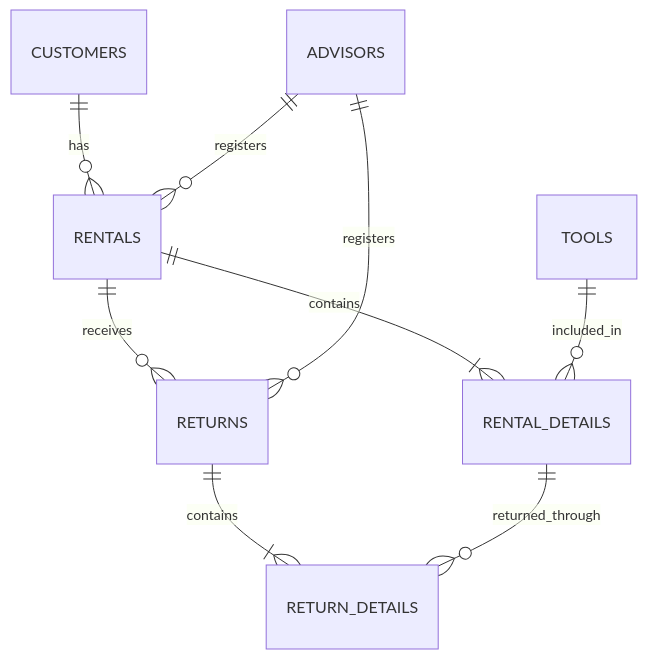
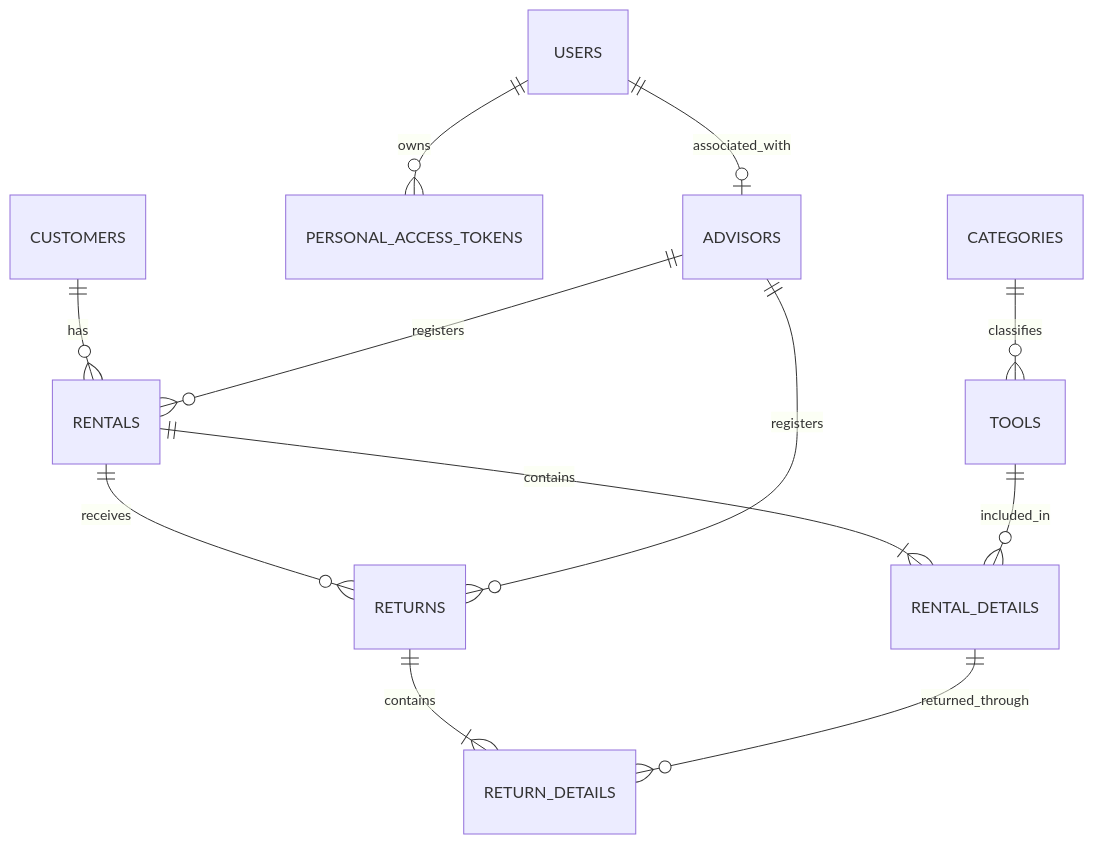
The diagram in 03-execute/11-week/plan-mejoramiento/docs/data-model.md (Aguirrecristiantrox0426/ADSO-3239137), drawn with Mermaid before and after one commit. The commit also changed other lines of this file, not shown here.

````diff
--- a/03-execute/11-week/plan-mejoramiento/docs/data-model.md
+++ b/03-execute/11-week/plan-mejoramiento/docs/data-model.md
@@ -193,11 +330,14 @@
 ```mermaid
 erDiagram
+    USERS ||--o| ADVISORS : associated_with
+    USERS ||--o{ PERSONAL_ACCESS_TOKENS : owns
+    CATEGORIES ||--o{ TOOLS : classifies
     CUSTOMERS ||--o{ RENTALS : has
     ADVISORS ||--o{ RENTALS : registers
     RENTALS ||--|{ RENTAL_DETAILS : contains
     TOOLS ||--o{ RENTAL_DETAILS : included_in
     RENTALS ||--o{ RETURNS : receives
     ADVISORS ||--o{ RETURNS : registers
     RETURNS ||--|{ RETURN_DETAILS : contains
     RENTAL_DETAILS ||--o{ RETURN_DETAILS : returned_through
 ```
````
